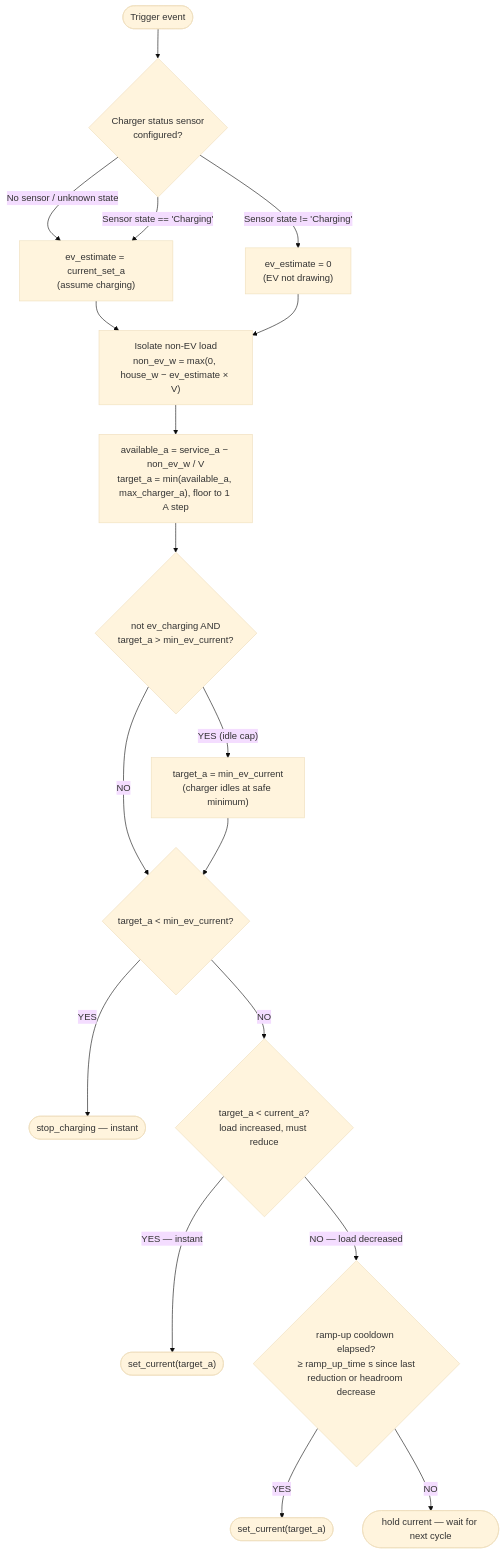
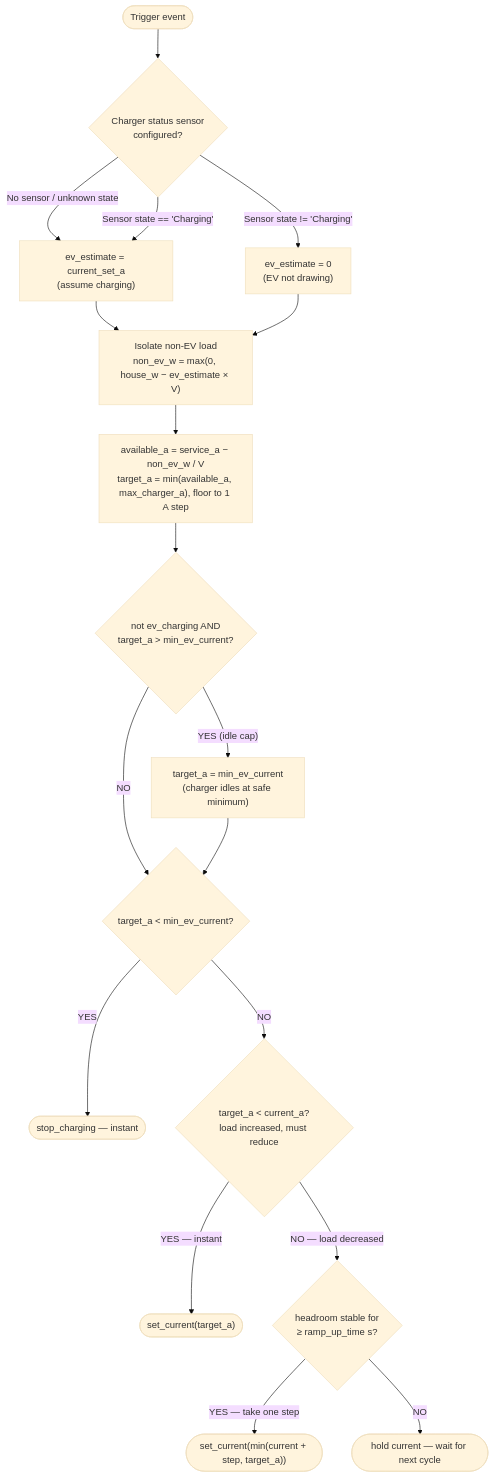
The first of 7 diagrams in docs/documentation/how-it-works.md (alexisml/ha-ev-charger-balancer), drawn with Mermaid (base theme) before and after one commit. The commit also changed other lines of this file and 11 other files, not shown here.

Commit message:
fix: stability-based ramp-up — fixed step, diagnostic sensor, all tests passing

````diff
--- a/docs/documentation/how-it-works.md
+++ b/docs/documentation/how-it-works.md
@@ -243,21 +243,21 @@
 ```mermaid
 flowchart TD
     A([Trigger event])
     A --> Z{"Charger status sensor<br/>configured?"}
     Z -- "No sensor / unknown state" --> ZA["ev_estimate = current_set_a<br/>(assume charging)"]
     Z -- "Sensor state == 'Charging'" --> ZA
     Z -- "Sensor state != 'Charging'" --> ZB["ev_estimate = 0<br/>(EV not drawing)"]
     ZA --> B["Isolate non-EV load<br/>non_ev_w = max(0, house_w − ev_estimate × V)"]
     ZB --> B
     B --> C["available_a = service_a − non_ev_w / V<br/>target_a = min(available_a, max_charger_a), floor to 1 A step"]
     C --> CZ{"not ev_charging AND<br/>target_a > min_ev_current?"}
     CZ -- "YES (idle cap)" --> CZA["target_a = min_ev_current<br/>(charger idles at safe minimum)"]
     CZ -- "NO" --> D
     CZA --> D{"target_a < min_ev_current?"}
     D -- YES --> E(["stop_charging — instant"])
     D -- NO --> F{"target_a < current_a?<br/>load increased, must reduce"}
     F -- "YES — instant" --> G(["set_current(target_a)"])
-    F -- "NO — load decreased" --> H{"ramp-up cooldown elapsed?<br/>≥ ramp_up_time s since last<br/>reduction or headroom decrease"}
-    H -- "YES" --> I(["set_current(target_a)"])
+    F -- "NO — load decreased" --> H{"headroom stable for<br/>≥ ramp_up_time s?"}
+    H -- "YES — take one step" --> I(["set_current(min(current + step, target_a))"])
     H -- "NO" --> J(["hold current — wait for next cycle"])
 ```
````
